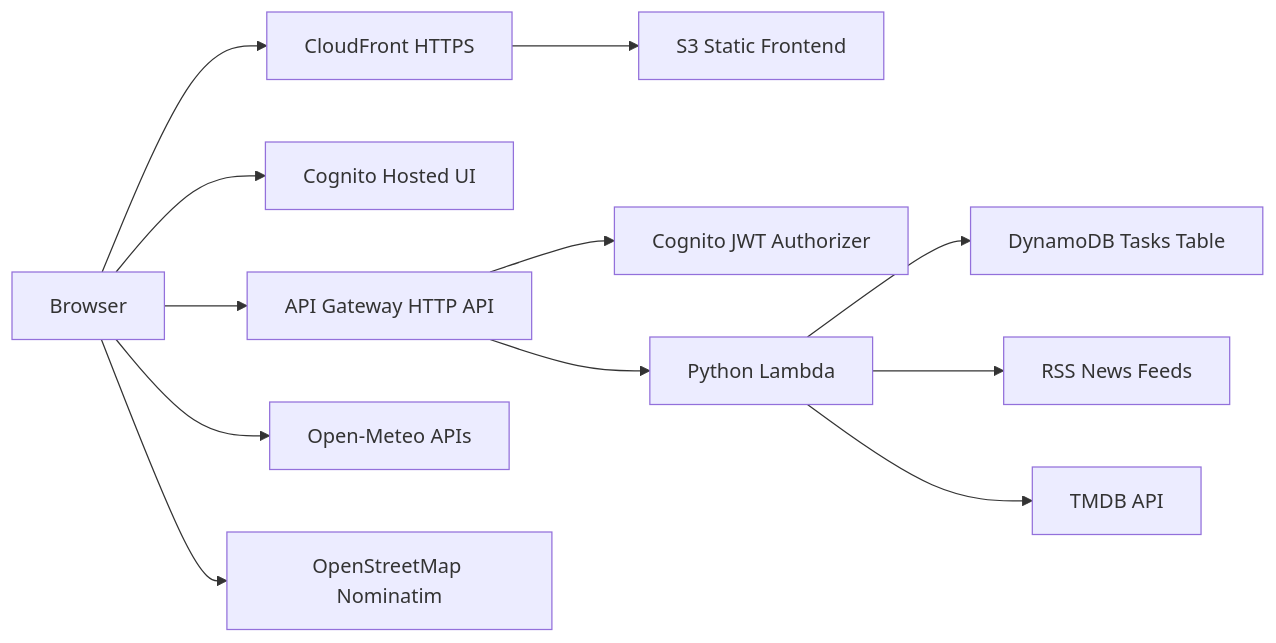
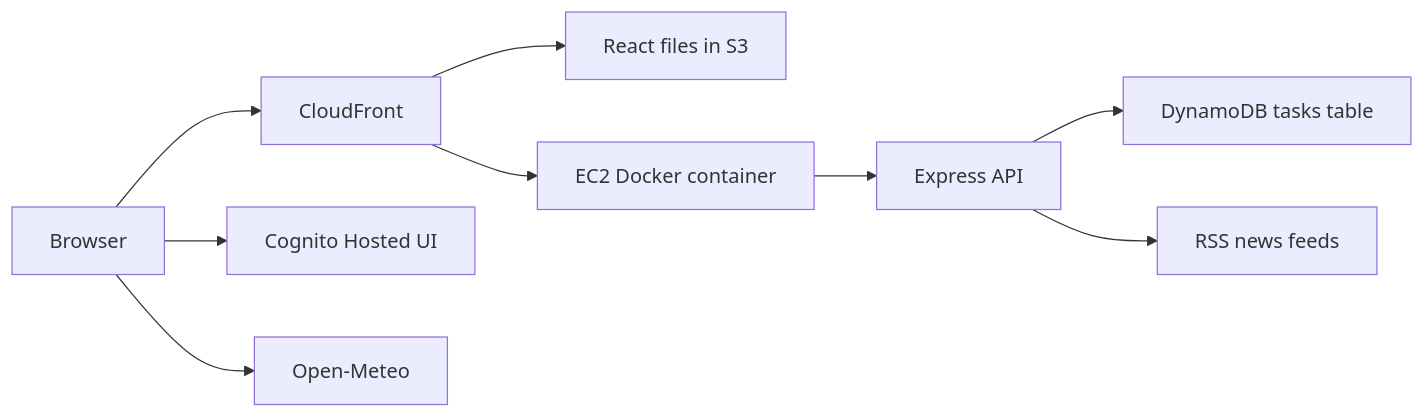
The diagram in ARCHITECTURE.md (smtcoach/personal-toolkit-aws), drawn with Mermaid before and after one commit. The commit also changed other lines of this file and 44 other files, not shown here.

Commit message:
Move remaining backend to simple Express API

````diff
--- a/ARCHITECTURE.md
+++ b/ARCHITECTURE.md
@@ -14,14 +3,11 @@
 ```mermaid
 flowchart LR
-  User["Browser"] --> CF["CloudFront HTTPS"]
-  CF --> S3["S3 Static Frontend"]
-  User --> Cognito["Cognito Hosted UI"]
-  User --> API["API Gateway HTTP API"]
-  API --> Auth["Cognito JWT Authorizer"]
-  API --> Lambda["Python Lambda"]
-  Lambda --> DDB["DynamoDB Tasks Table"]
-  Lambda --> RSS["RSS News Feeds"]
-  Lambda --> TMDB["TMDB API"]
-  User --> Weather["Open-Meteo APIs"]
-  User --> OSM["OpenStreetMap Nominatim"]
+  Browser --> CloudFront
+  CloudFront --> S3["React files in S3"]
+  CloudFront --> EC2["EC2 Docker container"]
+  Browser --> Cognito["Cognito Hosted UI"]
+  EC2 --> Express["Express API"]
+  Express --> DynamoDB["DynamoDB tasks table"]
+  Express --> RSS["RSS news feeds"]
+  Browser --> Weather["Open-Meteo"]
 ```
````
